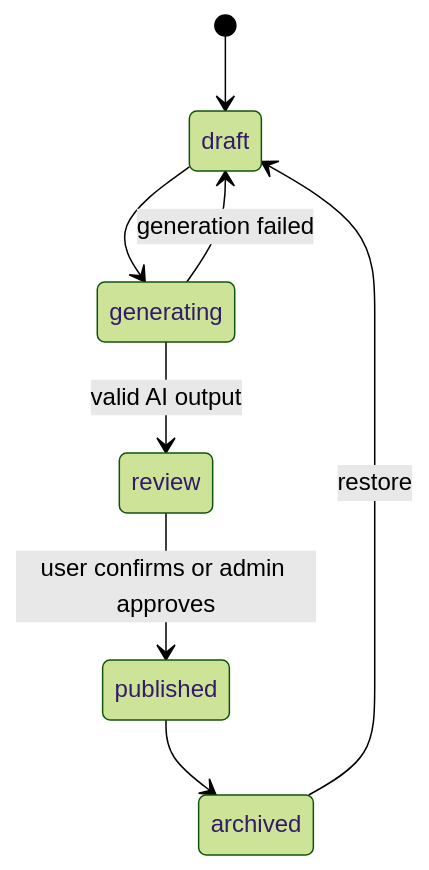
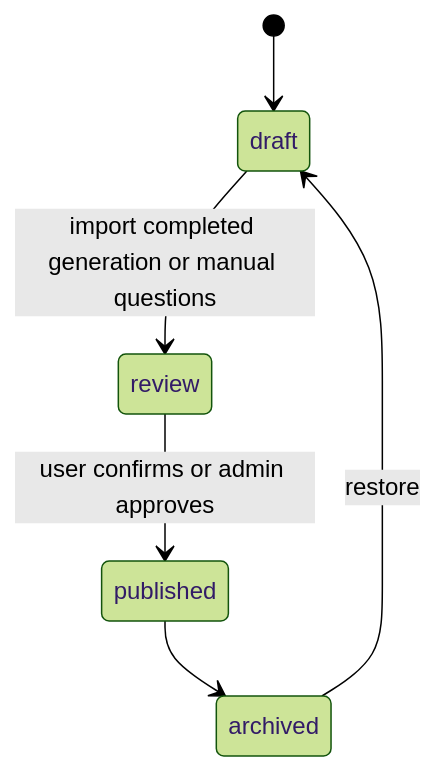
One commit to 1aghismuhammad/Quiestion-Bank- changed the third of 5 diagrams in docs/architecture/FLOW.md. Above: the diagram before and after it, drawn with Mermaid (forest theme). The commit also changed other lines of this file and 40 other files, not shown here.

````diff
--- a/docs/architecture/FLOW.md
+++ b/docs/architecture/FLOW.md
@@ -116,10 +125,8 @@
 ```mermaid
 stateDiagram-v2
     [*] --> draft
-    draft --> generating
-    generating --> review: valid AI output
-    generating --> draft: generation failed
+    draft --> review: import completed generation or manual questions
     review --> published: user confirms or admin approves
     published --> archived
     archived --> draft: restore
 ```
````
